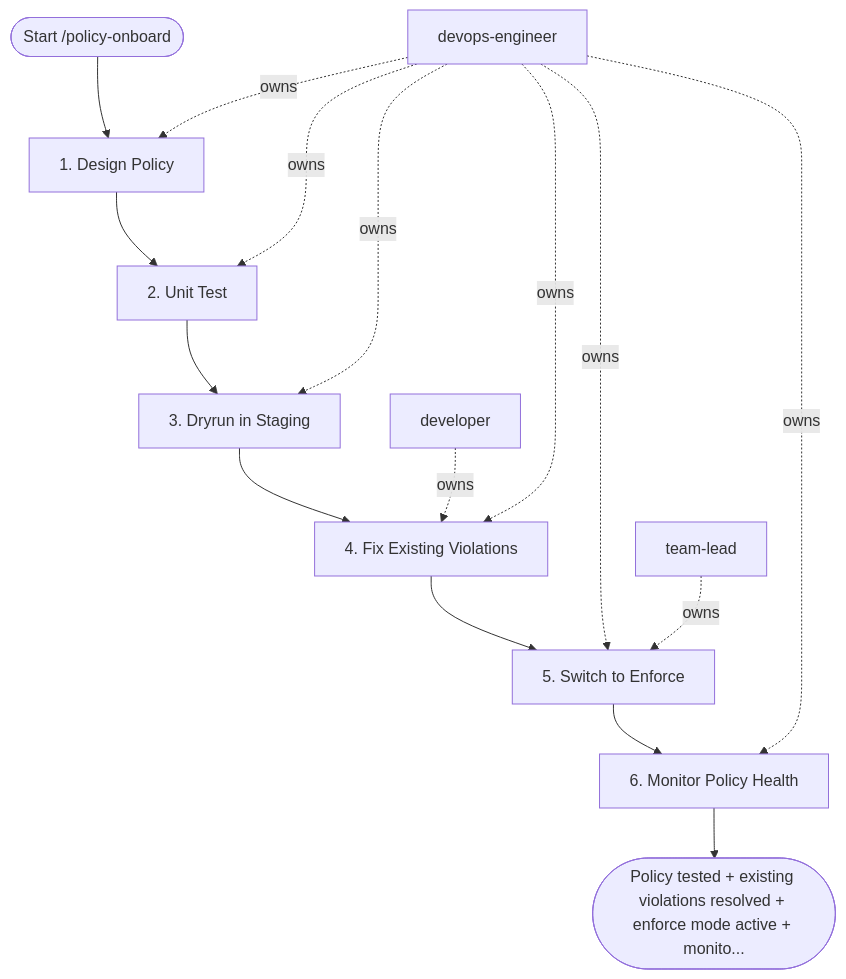
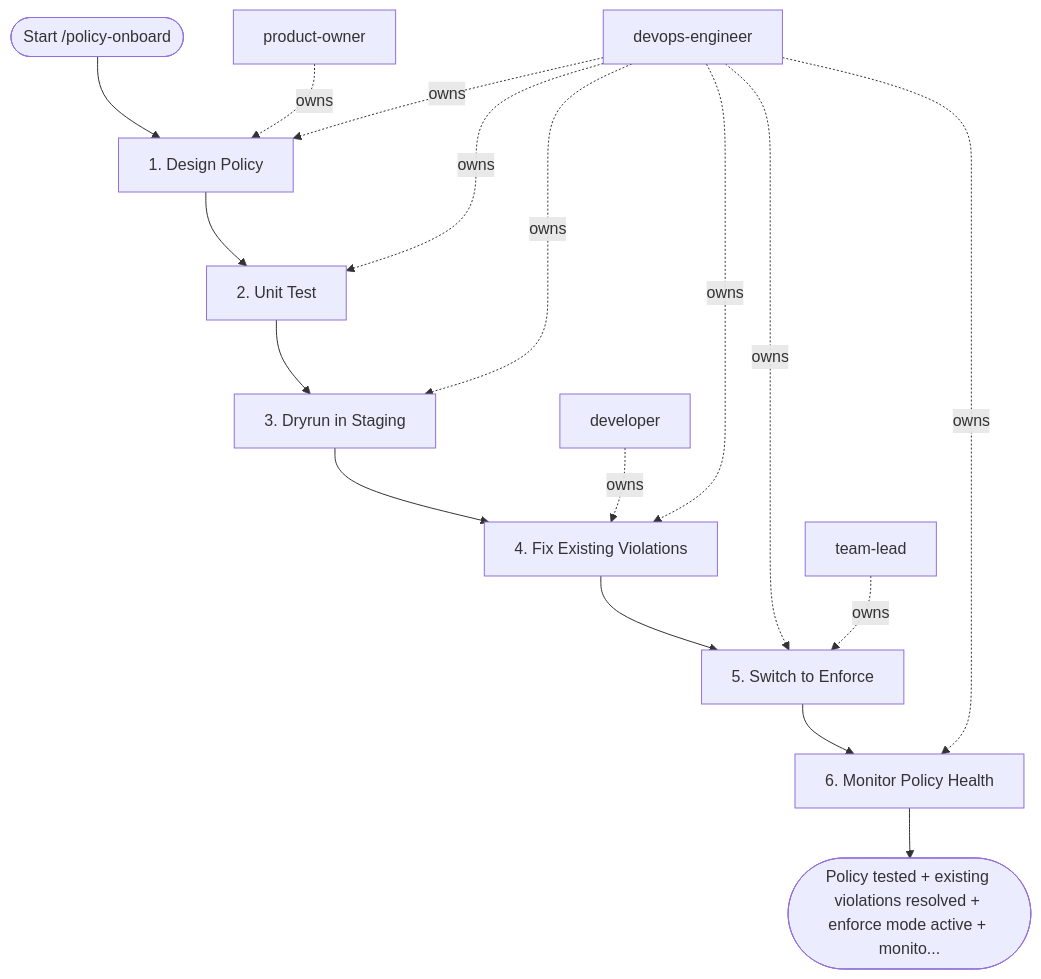
The diagram in areas/devops/devsecops/workflows/policy-onboard.md (sawrus/agent-guides), drawn with Mermaid before and after one commit. The commit also changed other lines of this file and 76 other files, not shown here.

Commit message:
Standardize workflow product owner initiation

````diff
--- a/areas/devops/devsecops/workflows/policy-onboard.md
+++ b/areas/devops/devsecops/workflows/policy-onboard.md
@@ -106,29 +106,31 @@
 ```mermaid
 flowchart TD
   start(["Start /policy-onboard"])
-  role_1["devops-engineer"]
-  role_2["developer"]
-  role_3["team-lead"]
+  role_1["product-owner"]
+  role_2["devops-engineer"]
+  role_3["developer"]
+  role_4["team-lead"]
   step_1["1. Design Policy"]
   step_2["2. Unit Test"]
   step_3["3. Dryrun in Staging"]
   step_4["4. Fix Existing Violations"]
   step_5["5. Switch to Enforce"]
   step_6["6. Monitor Policy Health"]
   exit(["Policy tested + existing violations resolved + enforce mode active + monito..."])
   start --> step_1
   step_1 --> step_2
   step_2 --> step_3
   step_3 --> step_4
   step_4 --> step_5
   step_5 --> step_6
   step_6 --> exit
   role_1 -. owns .-> step_1
-  role_1 -. owns .-> step_2
-  role_1 -. owns .-> step_3
+  role_2 -. owns .-> step_1
+  role_2 -. owns .-> step_2
+  role_2 -. owns .-> step_3
+  role_3 -. owns .-> step_4
   role_2 -. owns .-> step_4
-  role_1 -. owns .-> step_4
-  role_1 -. owns .-> step_5
-  role_3 -. owns .-> step_5
-  role_1 -. owns .-> step_6
+  role_2 -. owns .-> step_5
+  role_4 -. owns .-> step_5
+  role_2 -. owns .-> step_6
 ```
````
